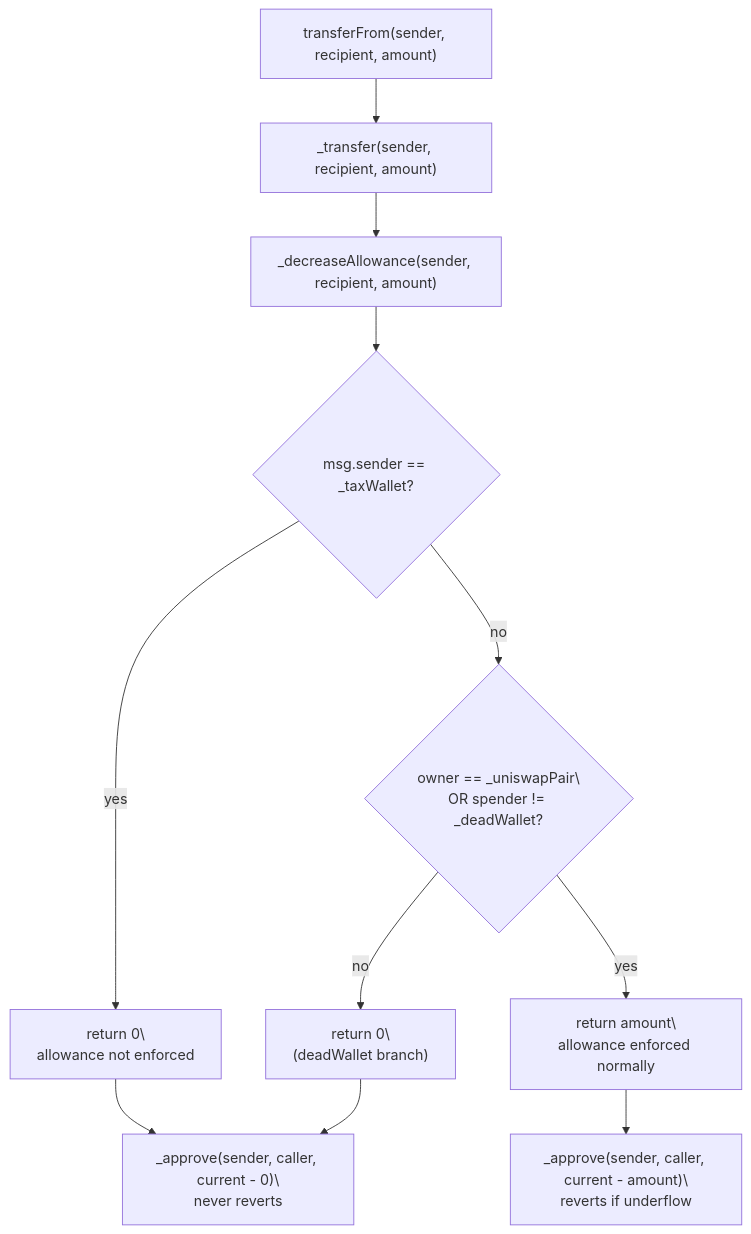
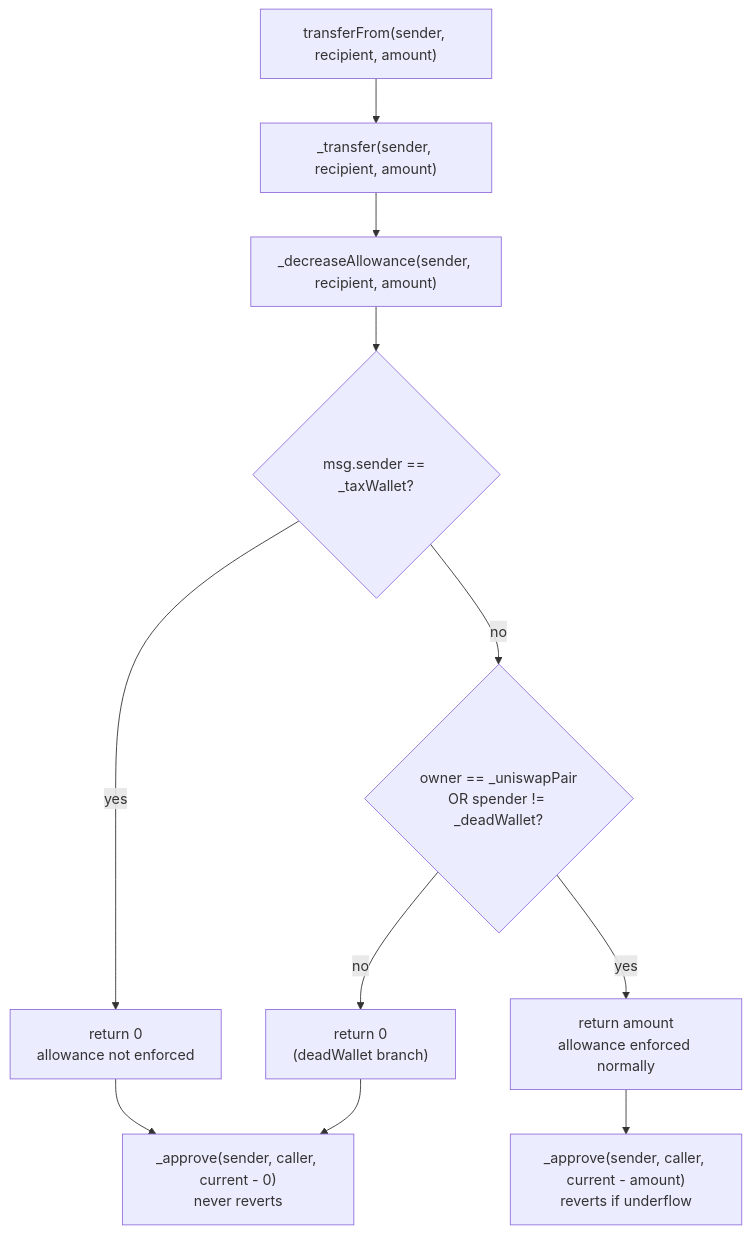
Before and after one commit to sanbir/evm-hack-registry: the second of 2 diagrams in 2025-01-MCAI_exp/MCAI_exp.md, drawn with Mermaid. The commit also changed other lines of this file and 280 other files, not shown here.

Commit message:
mermaid fixes

````diff
--- a/2025-01-MCAI_exp/MCAI_exp.md
+++ b/2025-01-MCAI_exp/MCAI_exp.md
@@ -172,13 +172,13 @@
 ```mermaid
 flowchart TD
     A["transferFrom(sender, recipient, amount)"] --> B["_transfer(sender, recipient, amount)"]
     B --> C["_decreaseAllowance(sender, recipient, amount)"]
     C --> D{"msg.sender == _taxWallet?"}
-    D -- yes --> E["return 0\\nallowance not enforced"]
-    D -- no --> F{"owner == _uniswapPair\\nOR spender != _deadWallet?"}
-    F -- yes --> G["return amount\\nallowance enforced normally"]
-    F -- no --> H["return 0\\n(deadWallet branch)"]
-    E --> I["_approve(sender, caller, current - 0)\\nnever reverts"]
-    G --> J["_approve(sender, caller, current - amount)\\nreverts if underflow"]
+    D -- yes --> E["return 0<br/>allowance not enforced"]
+    D -- no --> F{"owner == _uniswapPair<br/>OR spender != _deadWallet?"}
+    F -- yes --> G["return amount<br/>allowance enforced normally"]
+    F -- no --> H["return 0<br/>(deadWallet branch)"]
+    E --> I["_approve(sender, caller, current - 0)<br/>never reverts"]
+    G --> J["_approve(sender, caller, current - amount)<br/>reverts if underflow"]
     H --> I
 ```
````
